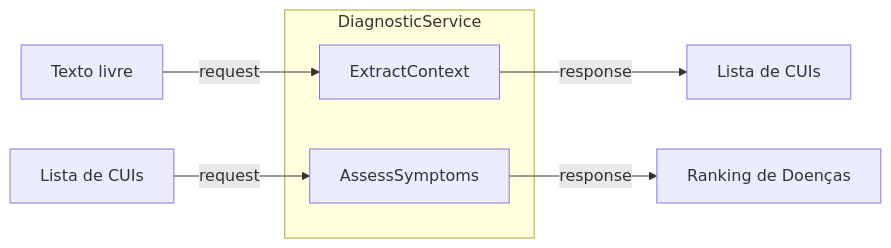
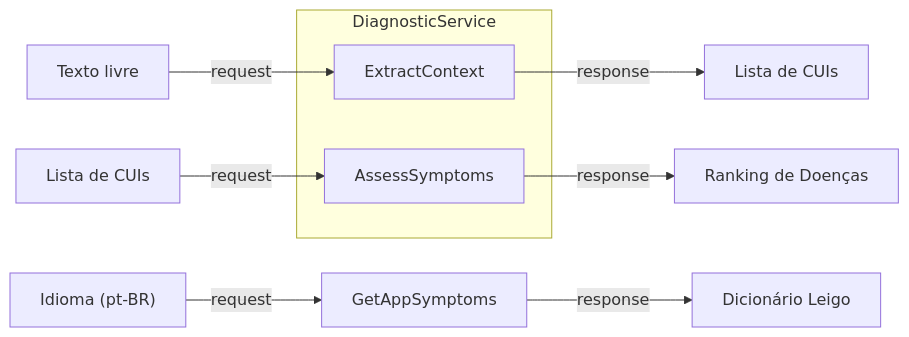
One commit to Gabrielc476/projeto-medico changed the diagram in brain/03-Motor-Python/07 — gRPC e Comunicação.md. Above: the diagram before and after it, drawn with Mermaid. The commit also changed other lines of this file and 8 other files, not shown here.

````diff
--- a/brain/03-Motor-Python/07 — gRPC e Comunicação.md
+++ b/brain/03-Motor-Python/07 — gRPC e Comunicação.md
@@ -37,13 +37,16 @@
 ```mermaid
 graph LR
     subgraph "DiagnosticService"
         A["ExtractContext"] 
         B["AssessSymptoms"]
     end
     
     C["Texto livre"] -->|request| A
     A -->|response| D["Lista de CUIs"]
     
     E["Lista de CUIs"] -->|request| B
     B -->|response| F["Ranking de Doenças"]
+
+    G["Idioma (pt-BR)"] -->|request| H["GetAppSymptoms"]
+    H -->|response| I["Dicionário Leigo"]
 ```
````
